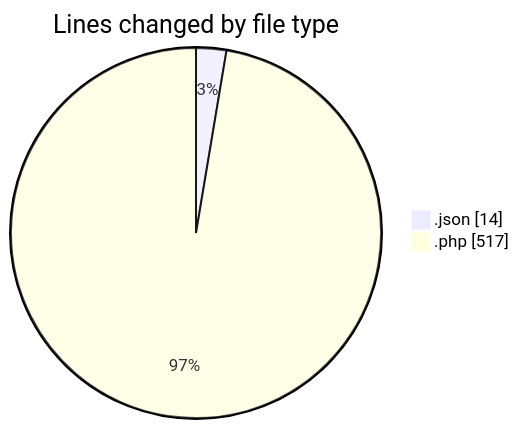
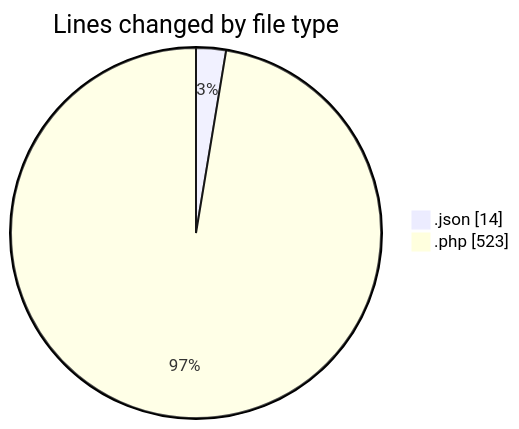
Before and after one commit to debugP/code-tracking: the first of 2 diagrams in 2026-07-27/untitled__workspace_/README.md, drawn with Mermaid. The commit also changed other lines of this file and 1 other file, not shown here.

````diff
--- a/2026-07-27/untitled__workspace_/README.md
+++ b/2026-07-27/untitled__workspace_/README.md
@@ -22,6 +22,6 @@
 ```mermaid
 pie showData
 title Lines changed by file type
 ".json" : 14
-".php" : 517
+".php" : 523
 ```
````
